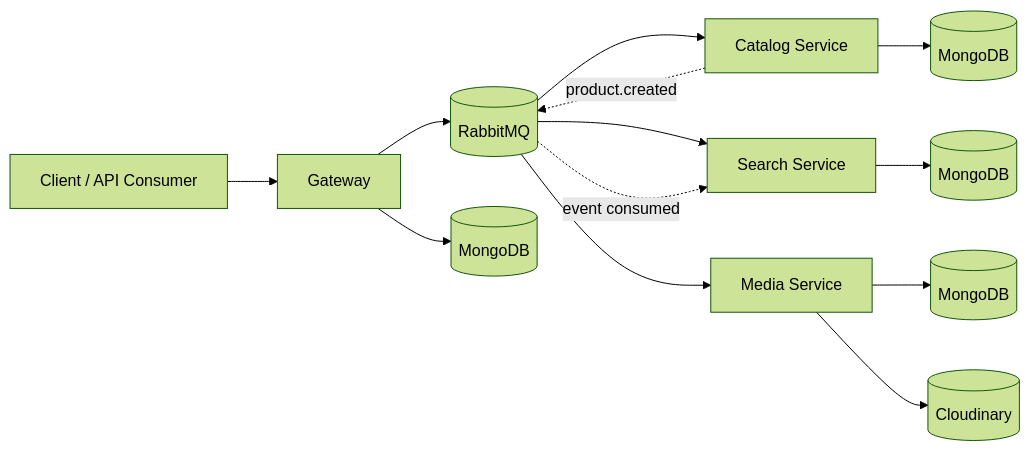
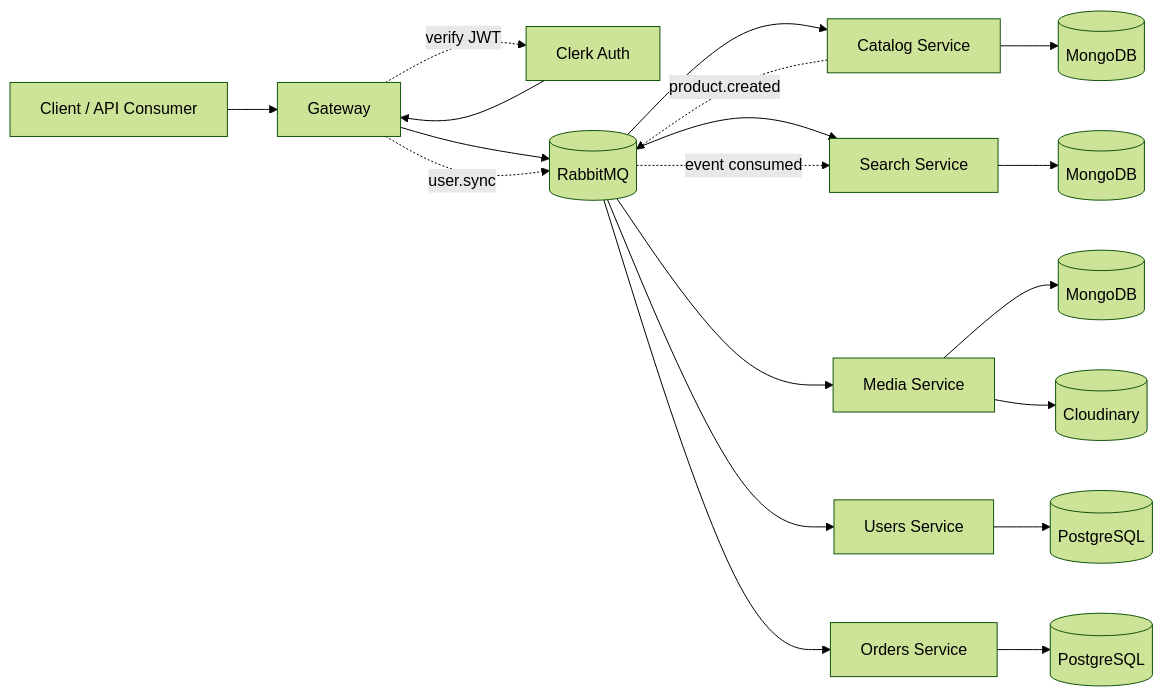
The diagram in README.md (MohamedAmir133/E-commerce-MicroServices), drawn with Mermaid (forest theme) before and after one commit. The commit also changed other lines of this file and 18 other files, not shown here.

````diff
--- a/README.md
+++ b/README.md
@@ -13,18 +15,24 @@
 ```mermaid
 flowchart LR
   Client[Client / API Consumer] --> Gateway[Gateway]
+  Clerk[Clerk Auth] --> Gateway
   Gateway --> Rabbit[(RabbitMQ)]
 
   Rabbit --> Catalog[Catalog Service]
   Rabbit --> Search[Search Service]
   Rabbit --> Media[Media Service]
+  Rabbit --> Users[Users Service]
+  Rabbit --> Orders[Orders Service]
+  Gateway -.->|verify JWT| Clerk
+  Gateway -.->|user.sync| Rabbit
 
   Catalog -.->|product.created| Rabbit
   Rabbit -.->|event consumed| Search
 
   Catalog --> CatalogDB[(MongoDB)]
   Search --> SearchDB[(MongoDB)]
-  Gateway --> UsersDB[(MongoDB)]
   Media --> MediaDB[(MongoDB)]
   Media --> Cloudinary[(Cloudinary)]
+  Users --> UsersDB[(PostgreSQL)]
+  Orders --> OrdersDB[(PostgreSQL)]
 ```
````
